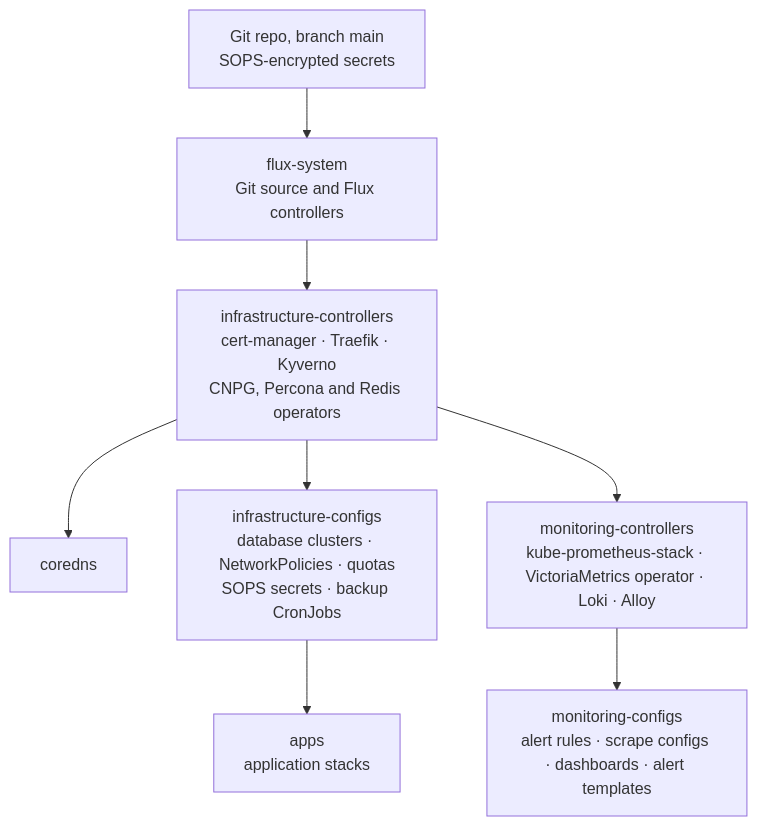
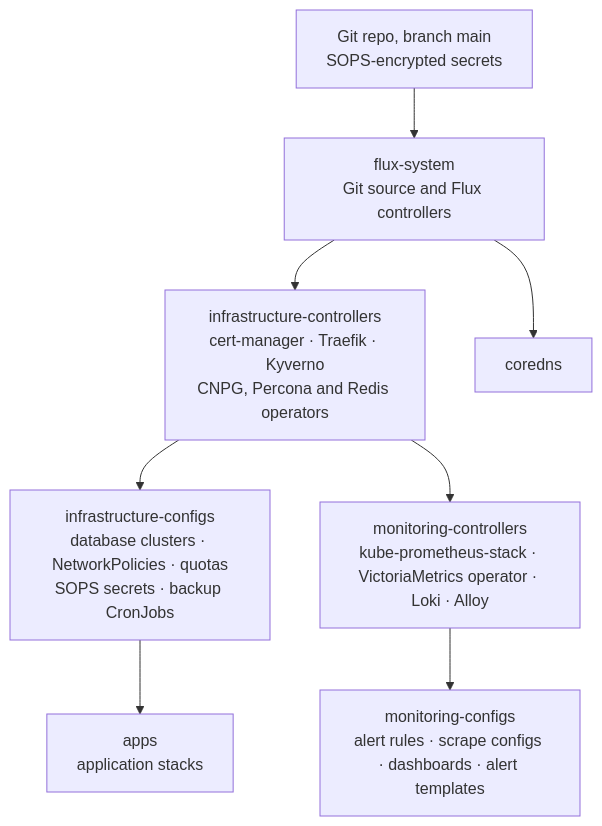
Before and after one commit to AKhozya/homelab: the second of 4 diagrams in docs/ARCHITECTURE.md, drawn with Mermaid. The commit also changed other lines of this file and 6 other files, not shown here.

````diff
--- a/docs/ARCHITECTURE.md
+++ b/docs/ARCHITECTURE.md
@@ -80,10 +81,10 @@
 ```mermaid
 flowchart TB
   G["Git repo, branch main<br/>SOPS-encrypted secrets"] --> FS["flux-system<br/>Git source and Flux controllers"]
   FS --> IC["infrastructure-controllers<br/>cert-manager · Traefik · Kyverno<br/>CNPG, Percona and Redis operators"]
-  IC --> CD["coredns"]
+  FS --> CD["coredns"]
   IC --> ICF["infrastructure-configs<br/>database clusters · NetworkPolicies · quotas<br/>SOPS secrets · backup CronJobs"]
   IC --> MC["monitoring-controllers<br/>kube-prometheus-stack · VictoriaMetrics operator · Loki · Alloy"]
   ICF --> APPS["apps<br/>application stacks"]
   MC --> MCF["monitoring-configs<br/>alert rules · scrape configs · dashboards · alert templates"]
 ```
````
